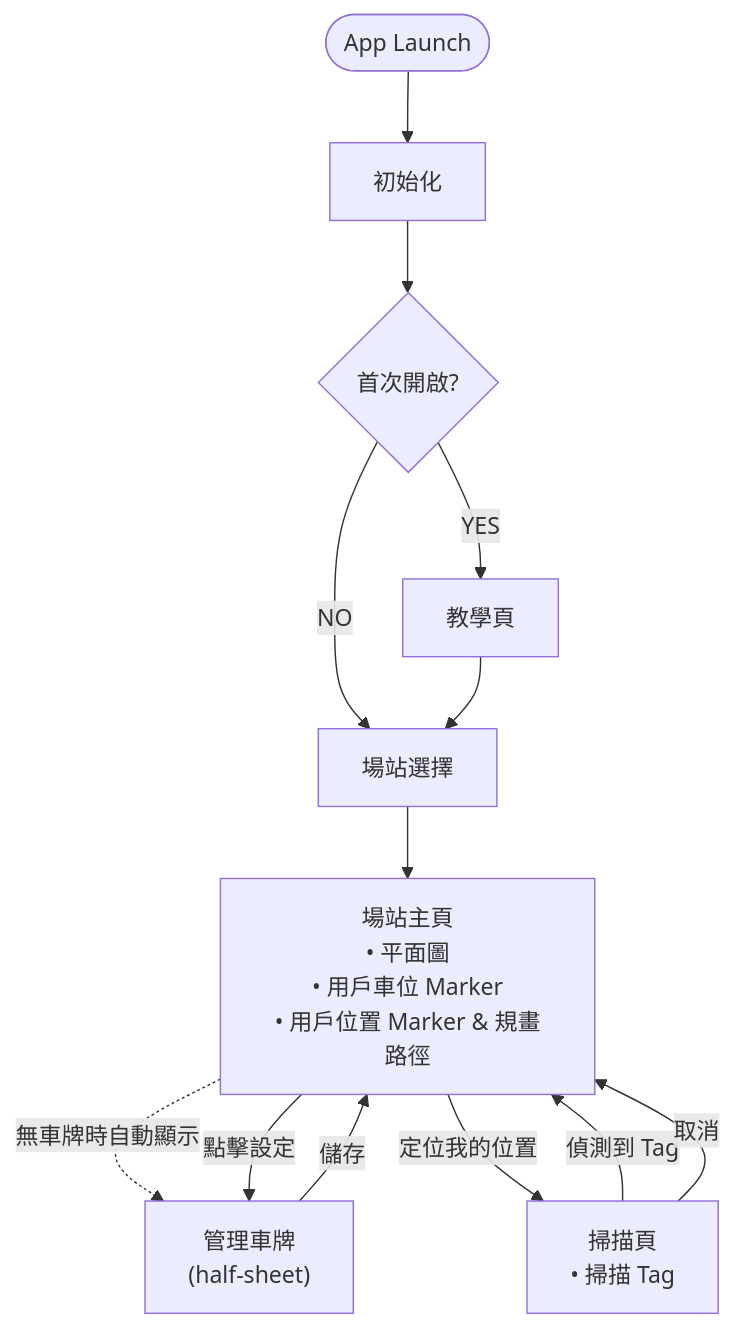
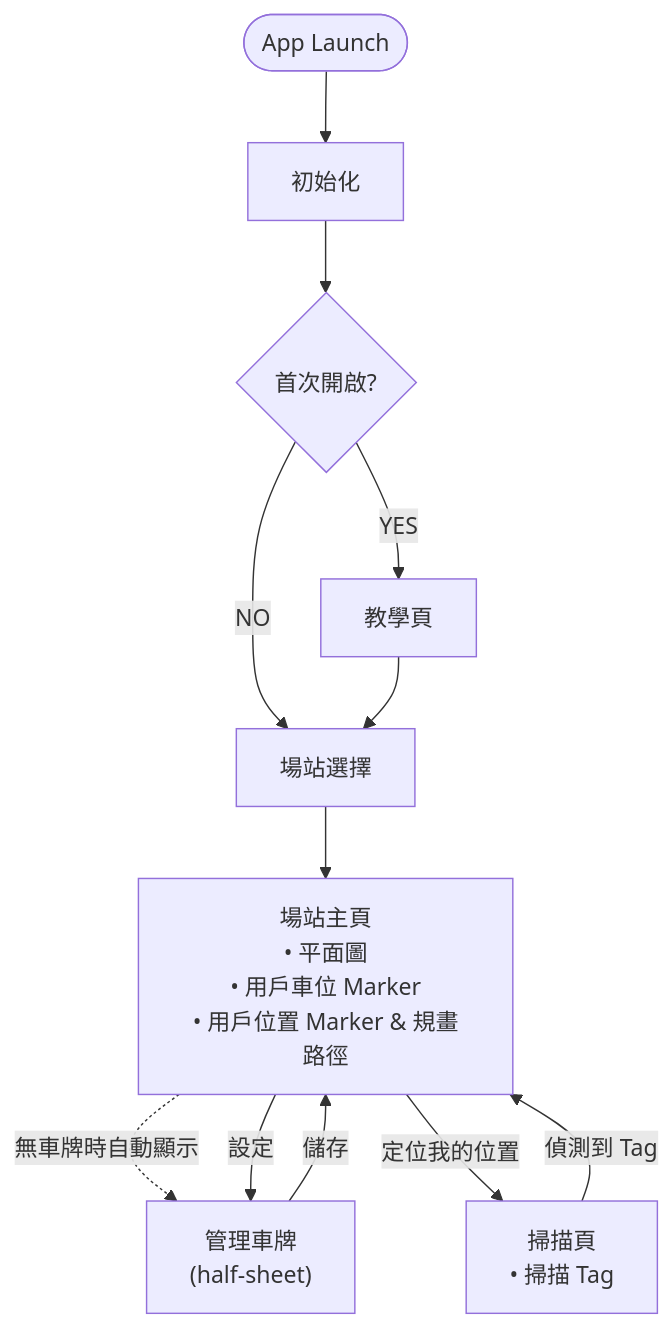
The diagram in docs/user-flow.md (vml933/MyAgentServiceDoc), drawn with Mermaid before and after one commit.

Commit message:
add ParkingLotNavigate flow-char

````diff
--- a/docs/user-flow.md
+++ b/docs/user-flow.md
@@ -3,15 +3,14 @@
 ```mermaid
 flowchart TD
     Start([App Launch]) --> Init["初始化"]
     Init --> Q1{首次開啟?}
     Q1 -->|YES| Landing["教學頁"]
     Q1 -->|NO| SiteSelect["場站選擇"]
     Landing --> SiteSelect
     SiteSelect --> SiteHome["場站主頁<br/>• 平面圖<br/>• 用戶車位 Marker<br/>• 用戶位置 Marker & 規畫路徑"]
     SiteHome -.->|無車牌時自動顯示| ManagePlate["管理車牌<br/>(half-sheet)"]
-    SiteHome -->|點擊設定| ManagePlate
+    SiteHome -->|設定| ManagePlate
     ManagePlate -->|儲存| SiteHome
     SiteHome -->|定位我的位置| Camera["掃描頁<br/>• 掃描 Tag"]
-    Camera -->|偵測到 Tag| SiteHome
-    Camera -->|取消| SiteHome
+    Camera -->|偵測到 Tag| SiteHome    
 ```
````
